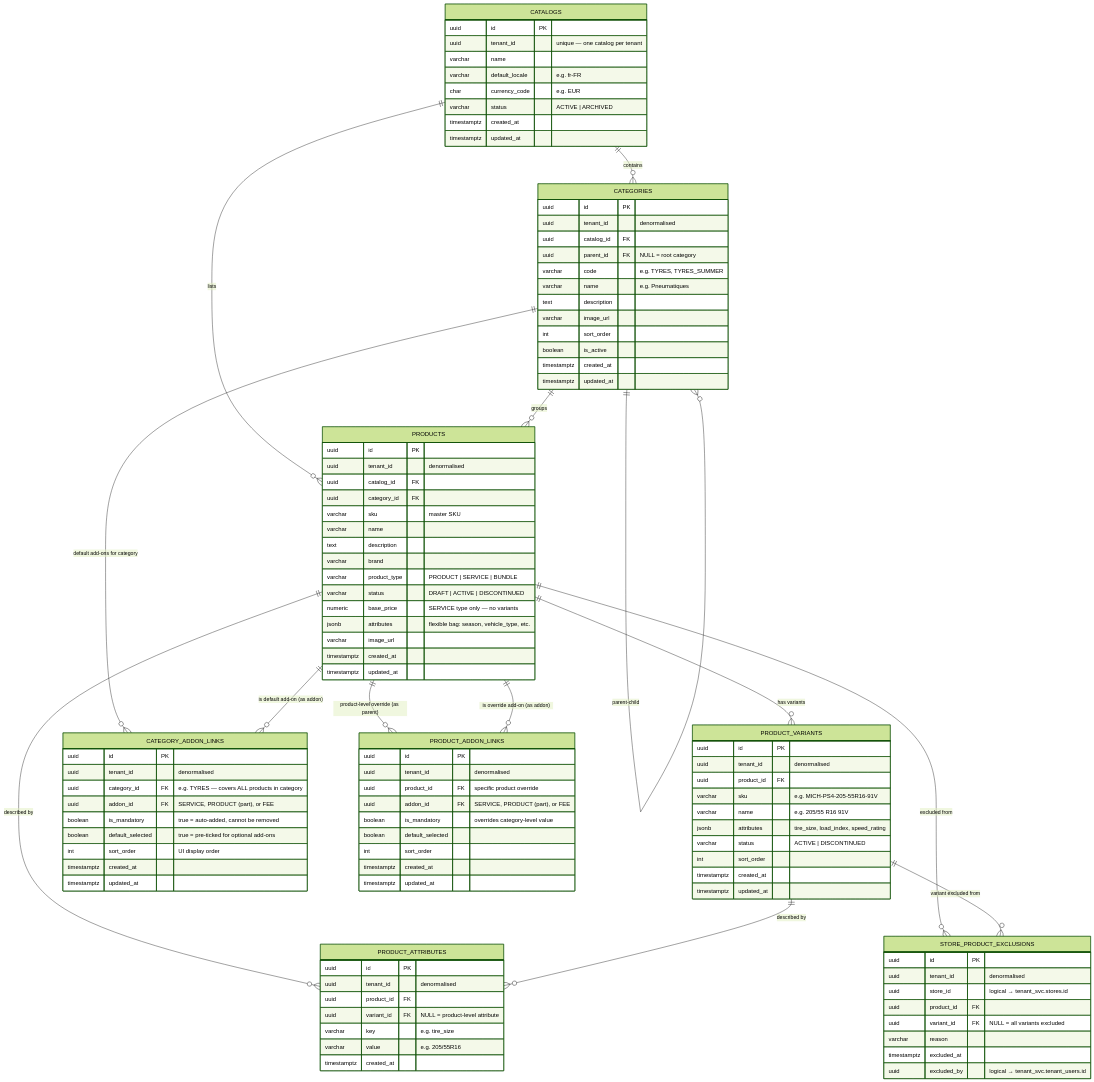
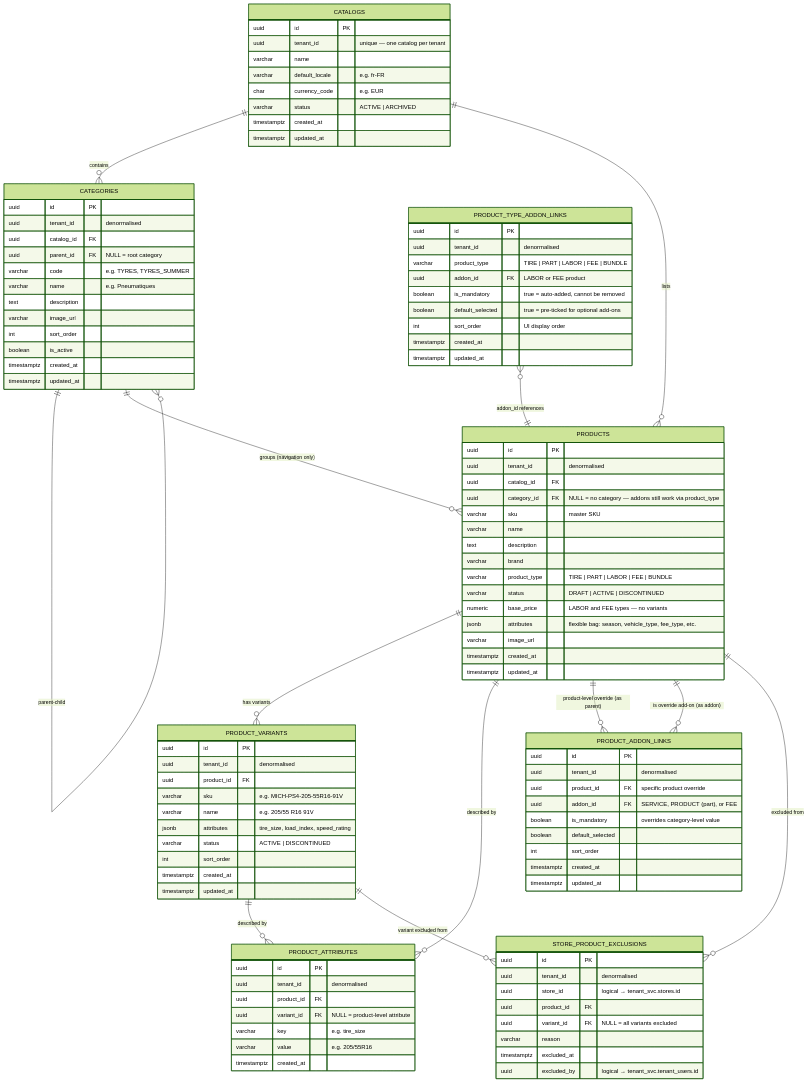
Before and after one commit to sumitjuyal/ecommerce-platform: the diagram in eComm/eCommDataModel/catalog-domain.md, drawn with Mermaid (forest theme). The commit also changed other lines of this file and 1 other file, not shown here.

First line of the commit message:
Replace category-based addon links with product_type_addon_links

````diff
--- a/eComm/eCommDataModel/catalog-domain.md
+++ b/eComm/eCommDataModel/catalog-domain.md
@@ -117,19 +122,18 @@
 ```mermaid
 erDiagram
 
-  CATALOGS          ||--o{ CATEGORIES              : "contains"
-  CATEGORIES        ||--o{ CATEGORIES              : "parent-child"
-  CATALOGS          ||--o{ PRODUCTS                : "lists"
-  CATEGORIES        ||--o{ PRODUCTS                : "groups"
-  PRODUCTS          ||--o{ PRODUCT_VARIANTS         : "has variants"
-  PRODUCTS          ||--o{ PRODUCT_ATTRIBUTES       : "described by"
-  PRODUCT_VARIANTS  ||--o{ PRODUCT_ATTRIBUTES       : "described by"
-  CATEGORIES        ||--o{ CATEGORY_ADDON_LINKS     : "default add-ons for category"
-  PRODUCTS          ||--o{ CATEGORY_ADDON_LINKS     : "is default add-on (as addon)"
-  PRODUCTS          ||--o{ PRODUCT_ADDON_LINKS      : "product-level override (as parent)"
-  PRODUCTS          ||--o{ PRODUCT_ADDON_LINKS      : "is override add-on (as addon)"
-  PRODUCTS          ||--o{ STORE_PRODUCT_EXCLUSIONS : "excluded from"
-  PRODUCT_VARIANTS  ||--o{ STORE_PRODUCT_EXCLUSIONS : "variant excluded from"
+  CATALOGS                  ||--o{ CATEGORIES                  : "contains"
+  CATEGORIES                ||--o{ CATEGORIES                  : "parent-child"
+  CATALOGS                  ||--o{ PRODUCTS                    : "lists"
+  CATEGORIES                ||--o{ PRODUCTS                    : "groups (navigation only)"
+  PRODUCTS                  ||--o{ PRODUCT_VARIANTS            : "has variants"
+  PRODUCTS                  ||--o{ PRODUCT_ATTRIBUTES          : "described by"
+  PRODUCT_VARIANTS          ||--o{ PRODUCT_ATTRIBUTES          : "described by"
+  PRODUCT_TYPE_ADDON_LINKS  }o--|| PRODUCTS                    : "addon_id references"
+  PRODUCTS                  ||--o{ PRODUCT_ADDON_LINKS         : "product-level override (as parent)"
+  PRODUCTS                  ||--o{ PRODUCT_ADDON_LINKS         : "is override add-on (as addon)"
+  PRODUCTS                  ||--o{ STORE_PRODUCT_EXCLUSIONS    : "excluded from"
+  PRODUCT_VARIANTS          ||--o{ STORE_PRODUCT_EXCLUSIONS    : "variant excluded from"
 
   CATALOGS {
     uuid        id PK
@@ -161,15 +165,15 @@
     uuid        id PK
     uuid        tenant_id             "denormalised"
     uuid        catalog_id FK
-    uuid        category_id FK
+    uuid        category_id FK        "NULL = no category — addons still work via product_type"
     varchar     sku                   "master SKU"
     varchar     name
     text        description
     varchar     brand
-    varchar     product_type          "PRODUCT | SERVICE | BUNDLE"
+    varchar     product_type          "TIRE | PART | LABOR | FEE | BUNDLE"
     varchar     status                "DRAFT | ACTIVE | DISCONTINUED"
-    numeric     base_price            "SERVICE type only — no variants"
-    jsonb       attributes            "flexible bag: season, vehicle_type, etc."
+    numeric     base_price            "LABOR and FEE types — no variants"
+    jsonb       attributes            "flexible bag: season, vehicle_type, fee_type, etc."
     varchar     image_url
     timestamptz created_at
     timestamptz updated_at
@@ -198,11 +202,11 @@
     timestamptz created_at
   }
 
-  CATEGORY_ADDON_LINKS {
+  PRODUCT_TYPE_ADDON_LINKS {
     uuid        id PK
     uuid        tenant_id             "denormalised"
-    uuid        category_id FK        "e.g. TYRES — covers ALL products in category"
-    uuid        addon_id FK           "SERVICE, PRODUCT (part), or FEE"
+    varchar     product_type          "TIRE | PART | LABOR | FEE | BUNDLE"
+    uuid        addon_id FK           "LABOR or FEE product"
     boolean     is_mandatory          "true = auto-added, cannot be removed"
     boolean     default_selected      "true = pre-ticked for optional add-ons"
     int         sort_order            "UI display order"
````
